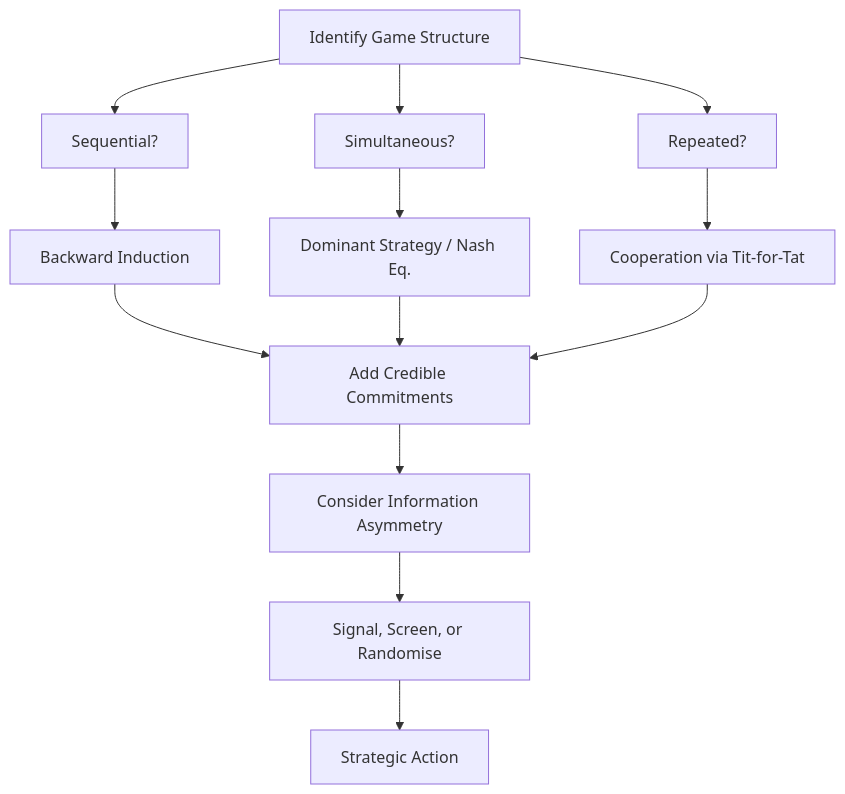
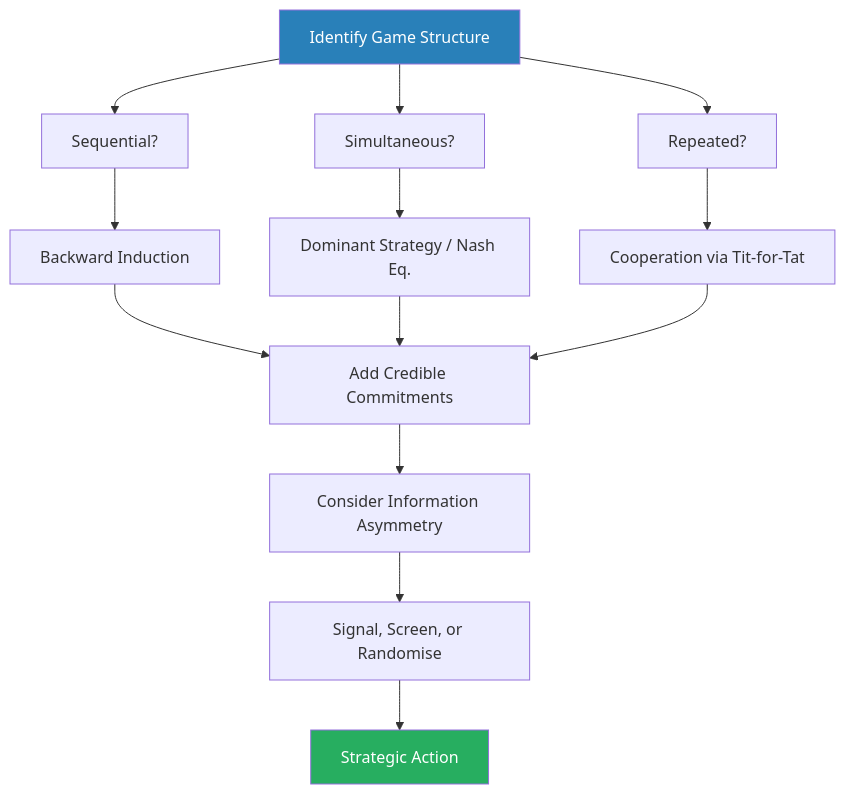
The seventh of 7 diagrams in summaries/Strategy & Systems Thinking/Thinking Strategically - Avinash K. Dixit & Barry J. Nalebuff.md (alius33/reader), drawn with Mermaid before and after one commit. The commit also changed other lines of this file and 272 other files, not shown here.

````diff
--- a/summaries/Strategy & Systems Thinking/Thinking Strategically - Avinash K. Dixit & Barry J. Nalebuff.md
+++ b/summaries/Strategy & Systems Thinking/Thinking Strategically - Avinash K. Dixit & Barry J. Nalebuff.md
@@ -771,15 +987,17 @@
 ```mermaid
 flowchart TD
     A[Identify Game Structure] --> B[Sequential?]
     A --> C[Simultaneous?]
     A --> D[Repeated?]
     B --> E[Backward Induction]
     C --> F[Dominant Strategy / Nash Eq.]
     D --> G[Cooperation via Tit-for-Tat]
     E --> H[Add Credible Commitments]
     F --> H
     G --> H
     H --> I[Consider Information Asymmetry]
     I --> J[Signal, Screen, or Randomise]
     J --> K[Strategic Action]
+    style A fill:#2980b9,color:#fff
+    style K fill:#27ae60,color:#fff
 ```
````
